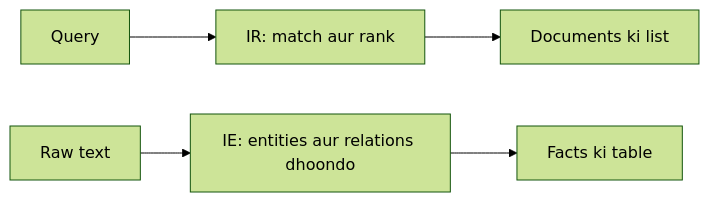
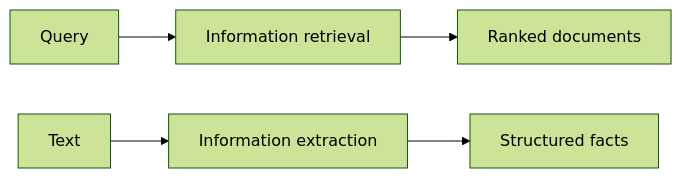
One commit to TrendySloth1001/sem-seven-notes changed the diagram in content/natural-language-processing/pyq/2024-12/q1b.hi.mdx. Above: the diagram before and after it, drawn with Mermaid (forest theme). The commit also changed other lines of this file and 406 other files, not shown here.

````diff
--- a/content/natural-language-processing/pyq/2024-12/q1b.hi.mdx
+++ b/content/natural-language-processing/pyq/2024-12/q1b.hi.mdx
@@ -11,6 +15,6 @@
 ```mermaid
-%% caption: IR query ke liye poore documents deta hai. IE text padh kar structured facts deta hai.
+%% caption: IR documents deta hai; IE facts deta hai.
 flowchart LR
-  Q["Query"] --> IR["IR: match aur rank"] --> D["Documents ki list"]
-  T["Raw text"] --> IE["IE: entities aur relations dhoondo"] --> F["Facts ki table"]
+  A["Query"] --> B["Information retrieval"] --> C["Ranked documents"]
+  D["Text"] --> E["Information extraction"] --> F["Structured facts"]
 ```
````
